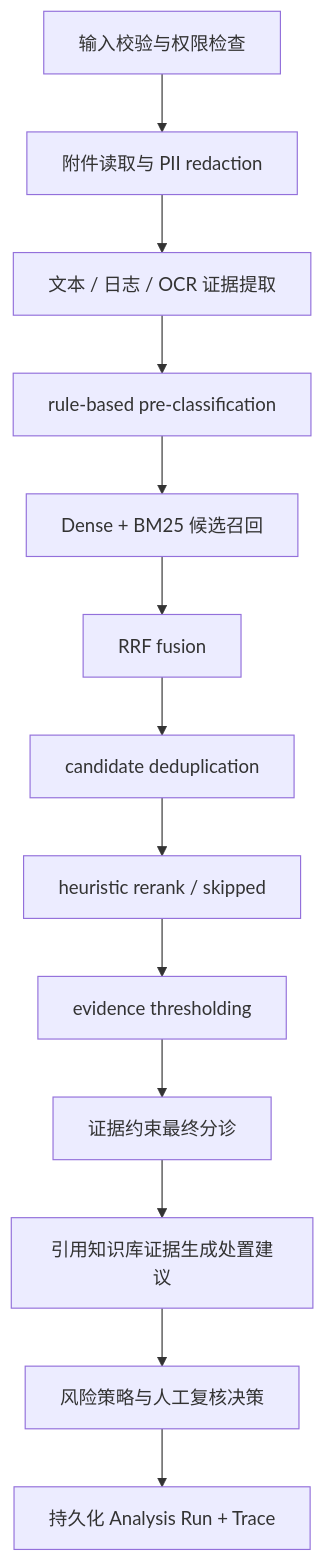
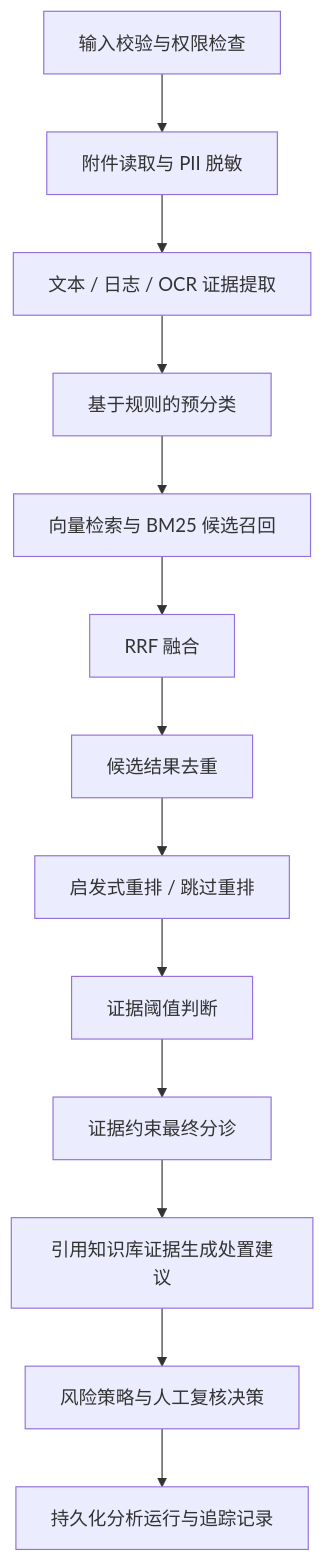
Before and after one commit to hyh0620/ai-incidentops-copilot: the second of 2 diagrams in README.md, drawn with Mermaid. The commit also changed other lines of this file, not shown here.

````diff
--- a/README.md
+++ b/README.md
@@ -46,15 +46,15 @@
 ```mermaid
 flowchart TD
-  A["输入校验与权限检查"] --> B["附件读取与 PII redaction"]
+  A["输入校验与权限检查"] --> B["附件读取与 PII 脱敏"]
   B --> C["文本 / 日志 / OCR 证据提取"]
-  C --> D["rule-based pre-classification"]
-  D --> E["Dense + BM25 候选召回"]
-  E --> F["RRF fusion"]
-  F --> G["candidate deduplication"]
-  G --> H["heuristic rerank / skipped"]
-  H --> I["evidence thresholding"]
+  C --> D["基于规则的预分类"]
+  D --> E["向量检索与 BM25 候选召回"]
+  E --> F["RRF 融合"]
+  F --> G["候选结果去重"]
+  G --> H["启发式重排 / 跳过重排"]
+  H --> I["证据阈值判断"]
   I --> J["证据约束最终分诊"]
   J --> K["引用知识库证据生成处置建议"]
   K --> L["风险策略与人工复核决策"]
-  L --> M["持久化 Analysis Run + Trace"]
+  L --> M["持久化分析运行与追踪记录"]
 ```
````
